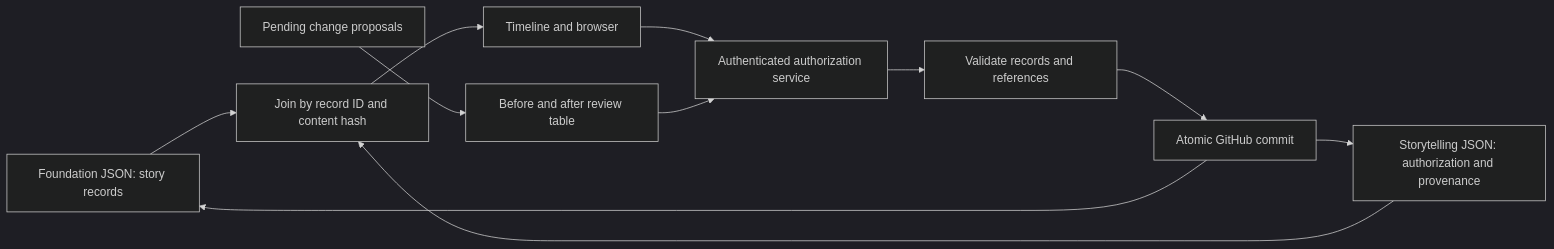
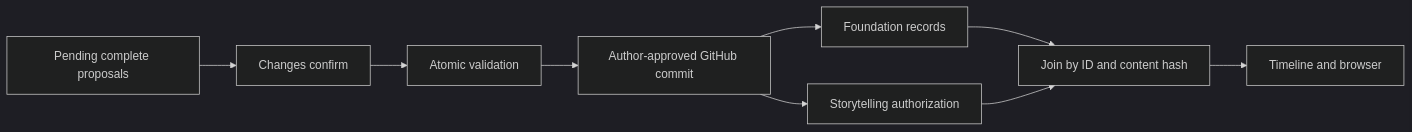
Before and after one commit to venwry/aion_logix: the diagram in DATA_MODEL_PRINCIPLES.md, drawn with Mermaid (dark theme). The commit also changed other lines of this file and 47 other files, not shown here.

````diff
--- a/DATA_MODEL_PRINCIPLES.md
+++ b/DATA_MODEL_PRINCIPLES.md
@@ -24,13 +20,11 @@
 ```mermaid
 flowchart LR
-  F[Foundation JSON: story records] --> J[Join by record ID and content hash]
-  S[Storytelling JSON: authorization and provenance] --> J
-  J --> UI[Timeline and browser]
-  P[Pending change proposals] --> R[Before and after review table]
-  UI --> A[Authenticated authorization service]
-  R --> A
-  A --> V[Validate records and references]
-  V --> G[Atomic GitHub commit]
-  G --> F
-  G --> S
+  Foundation[Foundation records] --> Join[Join by ID and content hash]
+  Review[Storytelling authorization] --> Join
+  Join --> UI[Timeline and browser]
+  Proposal[Pending complete proposals] --> Compare[Changes confirm]
+  Compare --> Validate[Atomic validation]
+  Validate --> Commit[Author-approved GitHub commit]
+  Commit --> Foundation
+  Commit --> Review
 ```
````
